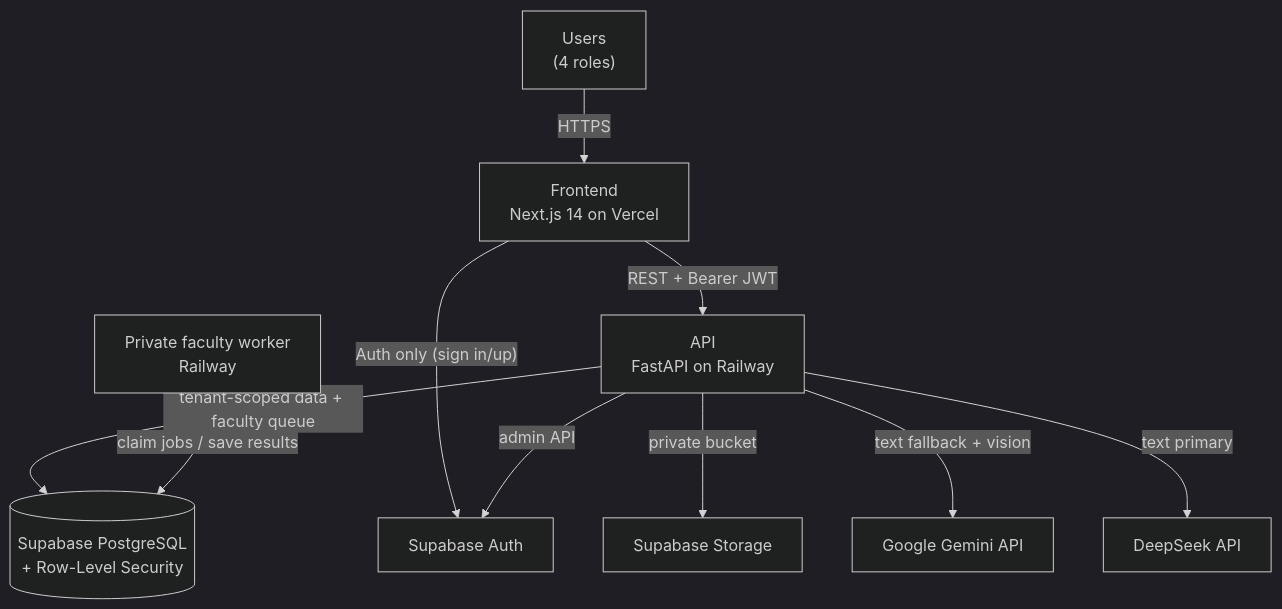
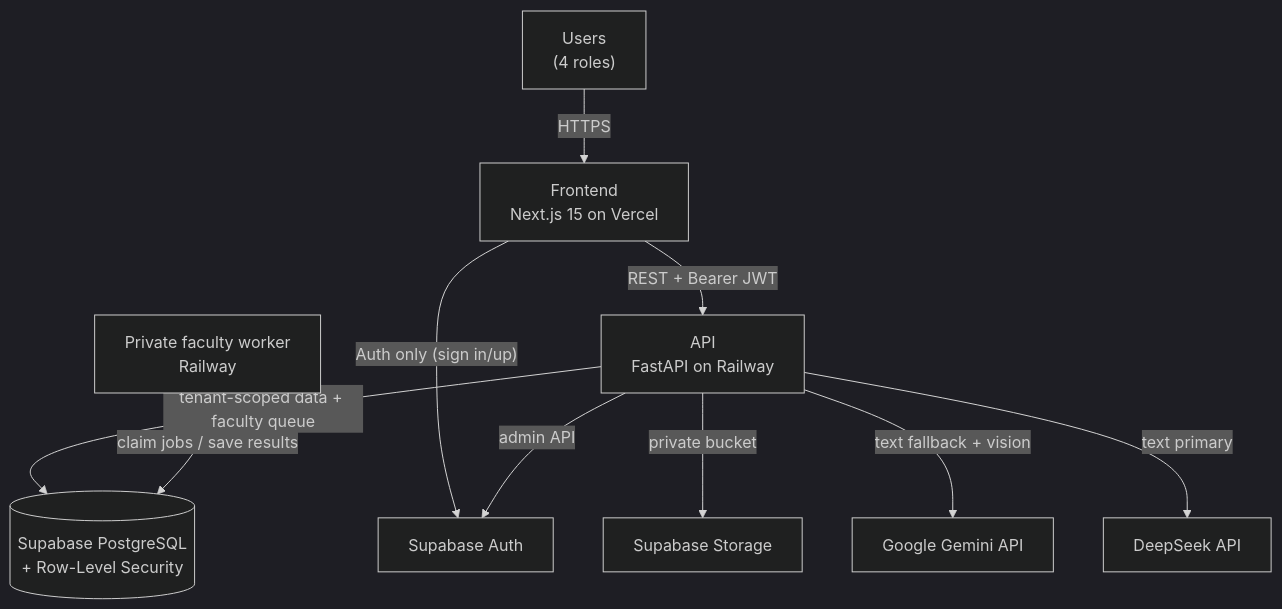
One commit to ArivuTechTeam/Arivu-counselling changed the first of 2 diagrams in docs/PROJECT-TECHNICAL-DOCUMENT.md. Above: the diagram before and after it, drawn with Mermaid (dark theme). The commit also changed other lines of this file and 4 other files, not shown here.

Commit message:
chore: update frontend version references to Next.js 15 across documentation

````diff
--- a/docs/PROJECT-TECHNICAL-DOCUMENT.md
+++ b/docs/PROJECT-TECHNICAL-DOCUMENT.md
@@ -127,12 +127,12 @@
 ```mermaid
 flowchart TD
-    U["Users<br/>(4 roles)"] -->|HTTPS| FE["Frontend<br/>Next.js 14 on Vercel"]
+    U["Users<br/>(4 roles)"] -->|HTTPS| FE["Frontend<br/>Next.js 15 on Vercel"]
     FE -->|"REST + Bearer JWT"| BE["API<br/>FastAPI on Railway"]
     FE -->|"Auth only (sign in/up)"| SB_AUTH["Supabase Auth"]
     BE -->|"tenant-scoped data + faculty queue"| SB_DB[("Supabase PostgreSQL<br/>+ Row-Level Security")]
     WK["Private faculty worker<br/>Railway"] -->|"claim jobs / save results"| SB_DB
     BE -->|"admin API"| SB_AUTH
     BE -->|"private bucket"| SB_ST["Supabase Storage"]
     BE -->|"text fallback + vision"| GEM["Google Gemini API"]
     BE -->|"text primary"| DS["DeepSeek API"]
 ```
````
